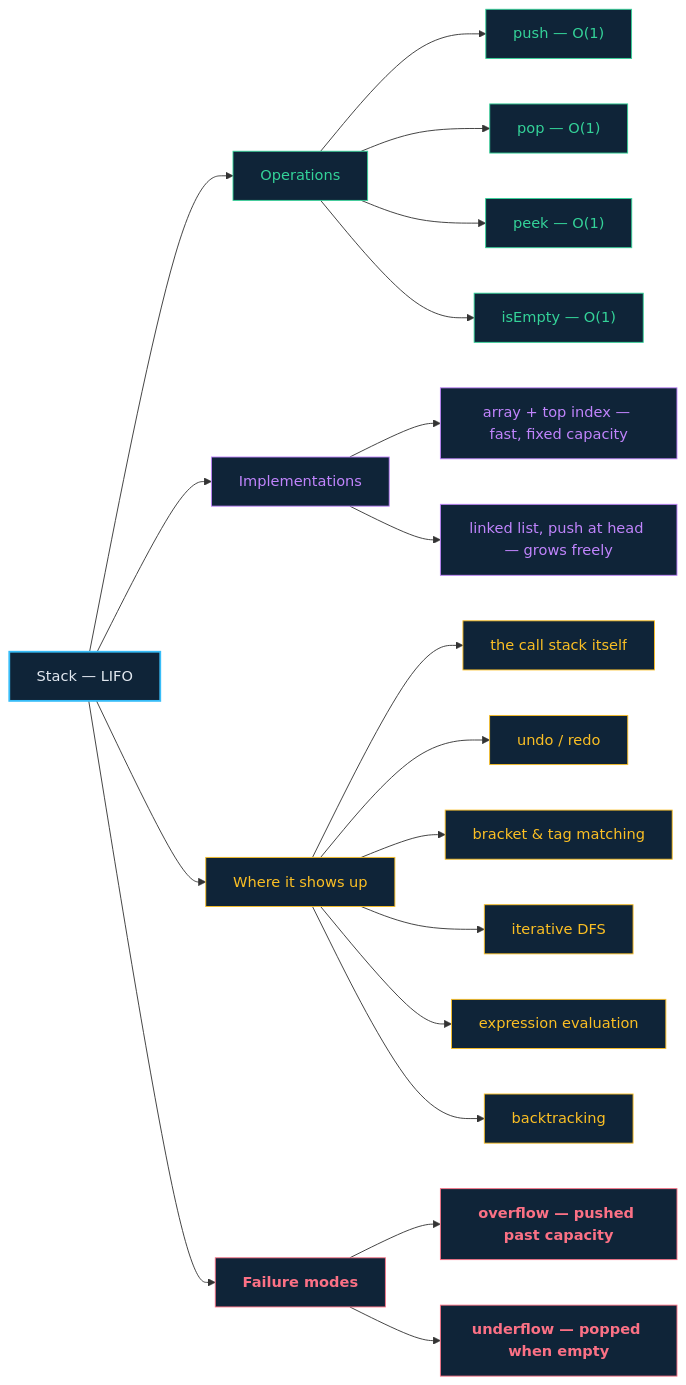
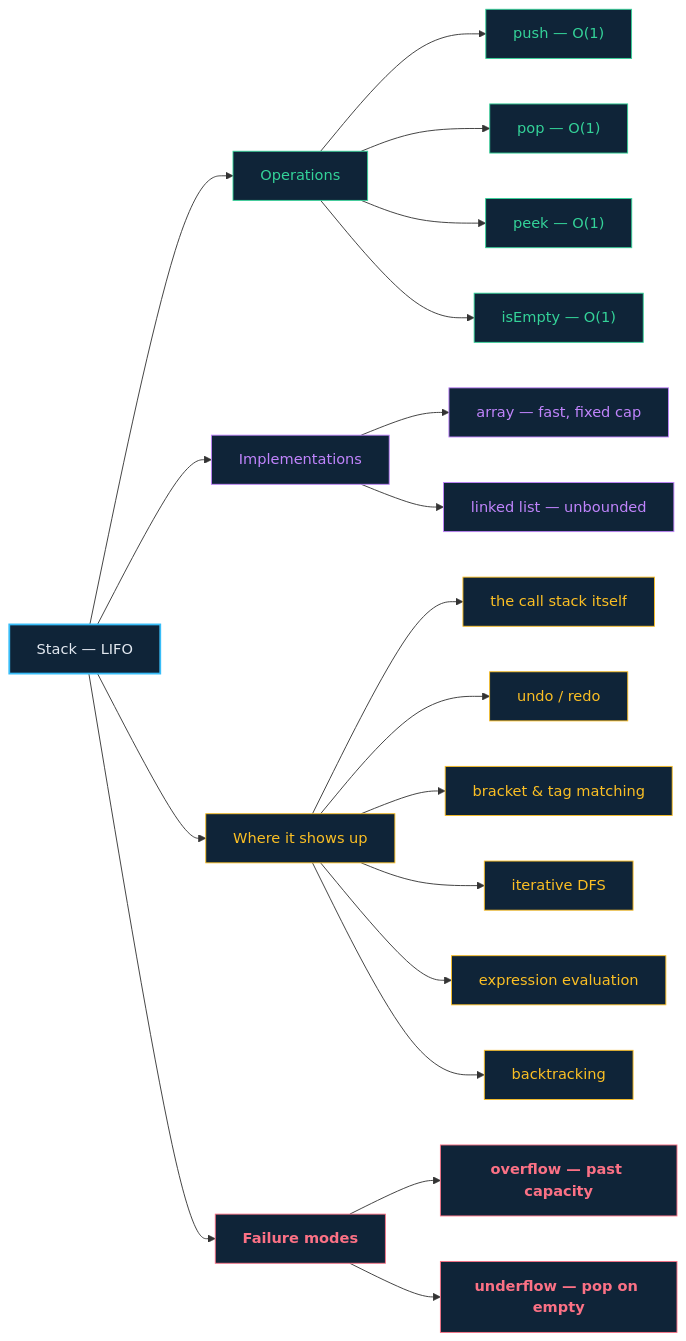
One commit to rajeshgoyalg/Learn-Data-Structures-and-Algorithms-Visually changed the diagram in docs/05-stacks.md. Above: the diagram before and after it, drawn with Mermaid. The commit also changed 21 other files, not shown here.

First line of the commit message:
Shorten every mermaid label so diagrams cannot overflow and clip

````diff
--- a/docs/05-stacks.md
+++ b/docs/05-stacks.md
@@ -39,36 +39,36 @@
 ```mermaid
 flowchart LR
   S["Stack — LIFO"] --> O["Operations"]
   S --> I["Implementations"]
   S --> U["Where it shows up"]
   S --> F["Failure modes"]
 
   O --> O1["push — O(1)"]
   O --> O2["pop — O(1)"]
   O --> O3["peek — O(1)"]
   O --> O4["isEmpty — O(1)"]
 
-  I --> I1["array + top index — fast, fixed capacity"]
-  I --> I2["linked list, push at head — grows freely"]
+  I --> I1["array — fast, fixed cap"]
+  I --> I2["linked list — unbounded"]
 
   U --> U1["the call stack itself"]
   U --> U2["undo / redo"]
   U --> U3["bracket & tag matching"]
   U --> U4["iterative DFS"]
   U --> U5["expression evaluation"]
   U --> U6["backtracking"]
 
-  F --> F1["overflow — pushed past capacity"]
-  F --> F2["underflow — popped when empty"]
+  F --> F1["overflow — past capacity"]
+  F --> F2["underflow — pop on empty"]
 
   classDef root fill:#0f2438,stroke:#38bdf8,stroke-width:2px,color:#e2e8f0
   classDef op fill:#0f2438,stroke:#34d399,color:#34d399
   classDef im fill:#0f2438,stroke:#c084fc,color:#c084fc
   classDef us fill:#0f2438,stroke:#fbbf24,color:#fbbf24
   classDef fa fill:#0f2438,stroke:#fb7185,color:#fb7185
   class S root
   class O,O1,O2,O3,O4 op
   class I,I1,I2 im
   class U,U1,U2,U3,U4,U5,U6 us
   class F,F1,F2 fa
 ```
````
